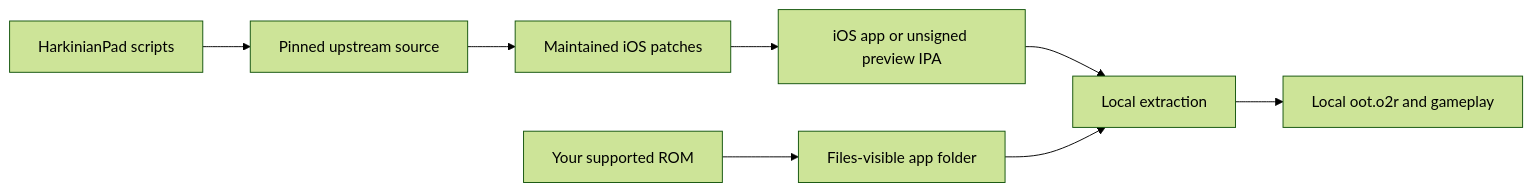
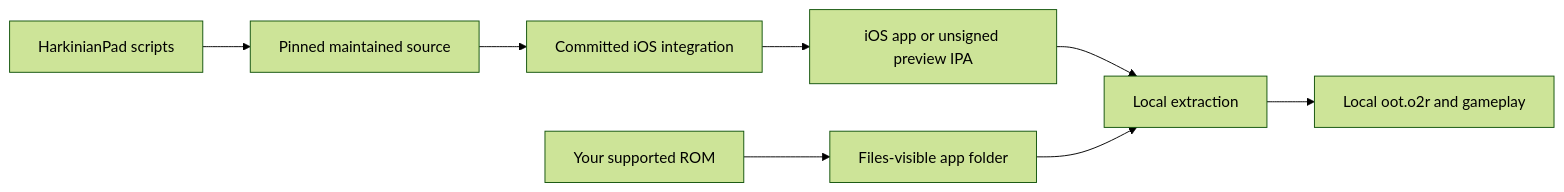
The diagram in README.md (chrissotraidis/harkinianpad), drawn with Mermaid (forest theme) before and after one commit. The commit also changed other lines of this file and 11 other files, not shown here.

Commit message:
Consume maintained upstream-connected source commits without patch replay

````diff
--- a/README.md
+++ b/README.md
@@ -221,10 +223,10 @@
 ```mermaid
 flowchart LR
-    A["HarkinianPad scripts"] --> B["Pinned upstream source"]
-    B --> C["Maintained iOS patches"]
+    A["HarkinianPad scripts"] --> B["Pinned maintained source"]
+    B --> C["Committed iOS integration"]
     C --> D["iOS app or unsigned preview IPA"]
     E["Your supported ROM"] --> F["Files-visible app folder"]
     D --> G["Local extraction"]
     F --> G
     G --> H["Local oot.o2r and gameplay"]
 ```
````
